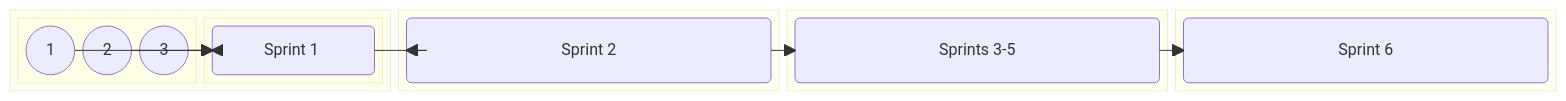
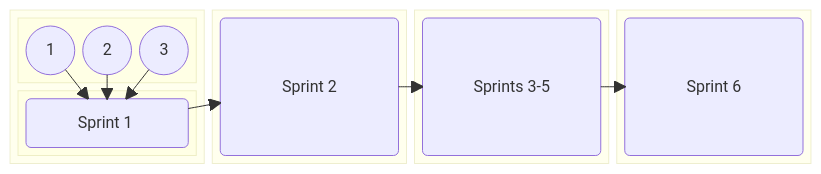
The second of 2 diagrams in README.md (jdmedlock/mermaid_testing), drawn with Mermaid before and after one commit.

Commit message:
Feature: Add annotations to test layout

````diff
--- a/README.md
+++ b/README.md
@@ -90,31 +90,32 @@
 ```mermaid
   block-beta
     columns 4
     block:B1:1
+      columns 1
       block:ANNOTATIONS
         A1(("&nbsp;&nbsp;&nbsp; 1 &nbsp;&nbsp;&nbsp;"))
         A2(("&nbsp;&nbsp;&nbsp; 2 &nbsp;&nbsp;&nbsp;"))
         A3(("&nbsp;&nbsp;&nbsp; 3 &nbsp;&nbsp;&nbsp;"))
       end
       block:S1
         SPRINT1("Sprint 1&nbsp;")
       end
       A1 ----> SPRINT1
       A2 ----> SPRINT1
       A3 ----> SPRINT1
     end
     block:B2:1
       SPRINT2("Sprint 2")
     end
     block:B3:1
       SPRINT35("Sprints 3-5")
     end
     block:B4:1
       SPRINT6("Sprint 6")
     end
 
     SPRINT1 --> SPRINT2
     SPRINT2 --> SPRINT35
     SPRINT35 --> SPRINT6
 
 ```
````
